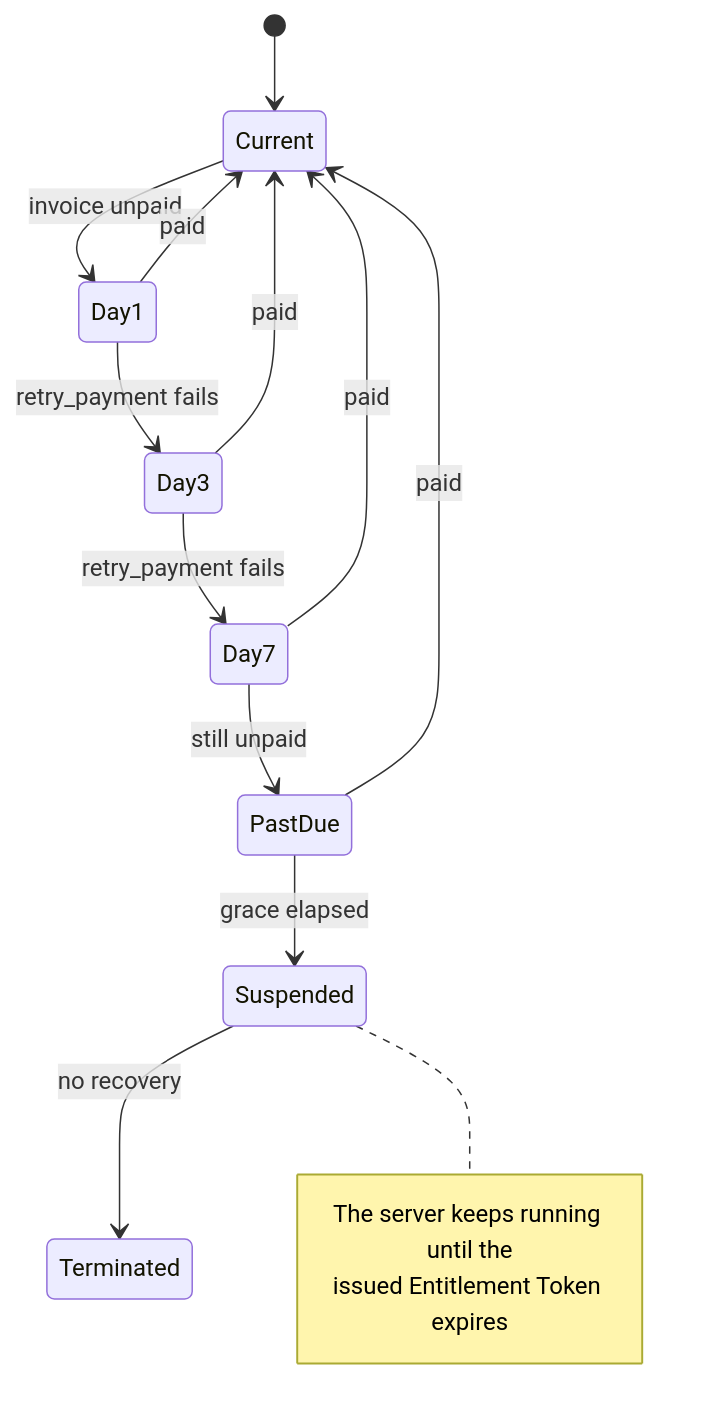
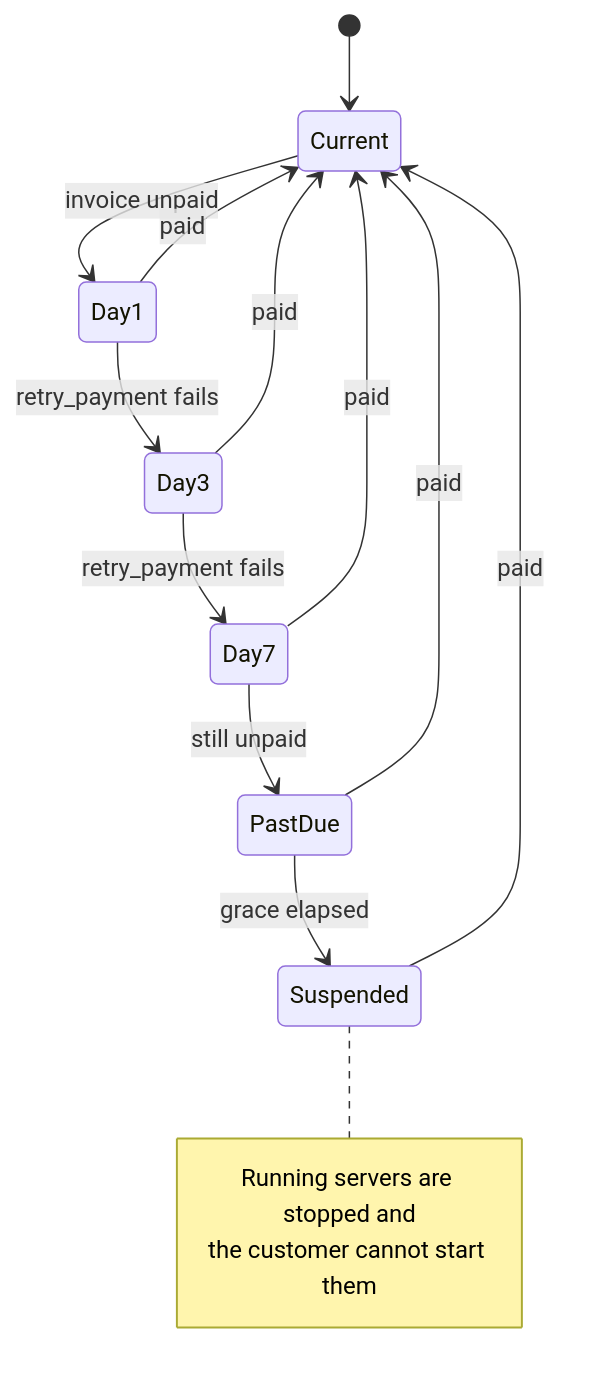
The seventh of 8 diagrams in central/billing/ARCHITECTURE.md (AryamanSharma14/central), drawn with Mermaid before and after one commit. The commit also changed other lines of this file and 6 other files, not shown here.

````diff
--- a/central/billing/ARCHITECTURE.md
+++ b/central/billing/ARCHITECTURE.md
@@ -523,18 +523,18 @@
 ```mermaid
 stateDiagram-v2
     [*] --> Current
     Current --> Day1: invoice unpaid
     Day1 --> Day3: retry_payment fails
     Day3 --> Day7: retry_payment fails
     Day7 --> PastDue: still unpaid
     PastDue --> Suspended: grace elapsed
-    Suspended --> Terminated: no recovery
+    Suspended --> Current: paid
     Day1 --> Current: paid
     Day3 --> Current: paid
     Day7 --> Current: paid
     PastDue --> Current: paid
     note right of Suspended
-        The server keeps running until the
-        issued Entitlement Token expires
+        Running servers are stopped and
+        the customer cannot start them
     end note
 ```
````
